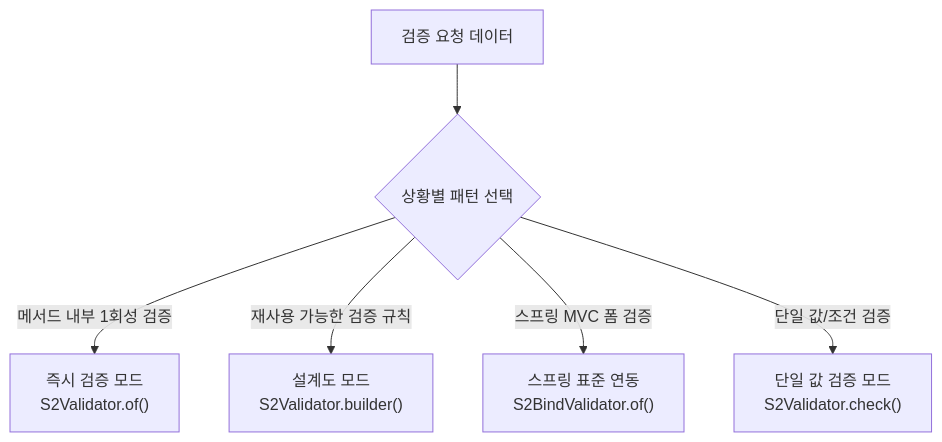
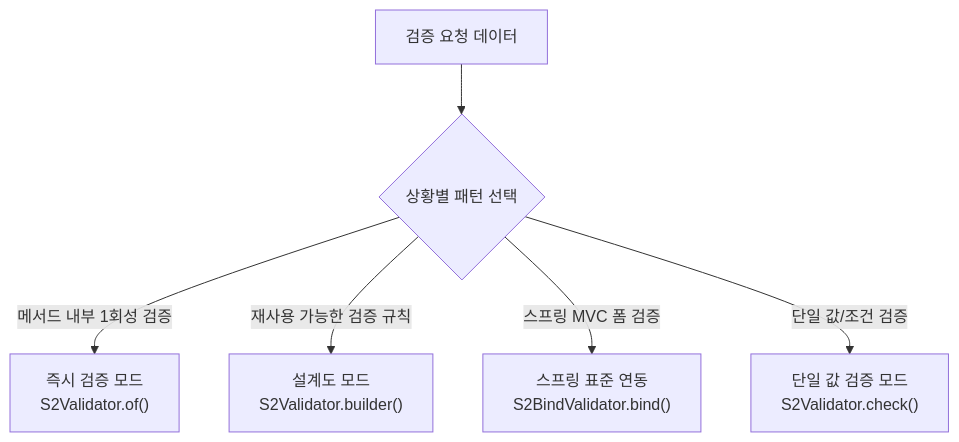
One commit to devers2/s2-util changed the first of 2 diagrams in MANUAL.ko.md. Above: the diagram before and after it, drawn with Mermaid. The commit also changed other lines of this file and 16 other files, not shown here.

First line of the commit message:
refactor(validator)!: rename S2BindValidator.of() to bind() and bind once in doc examples

````diff
--- a/MANUAL.ko.md
+++ b/MANUAL.ko.md
@@ -158,8 +158,8 @@
 ```mermaid
 flowchart TD
     Req["검증 요청 데이터"] --> Choice{"상황별 패턴 선택"}
     Choice -->|"메서드 내부 1회성 검증"| A["즉시 검증 모드<br>S2Validator.of()"]
     Choice -->|"재사용 가능한 검증 규칙"| B["설계도 모드<br>S2Validator.builder()"]
-    Choice -->|"스프링 MVC 폼 검증"| C["스프링 표준 연동<br>S2BindValidator.of()"]
+    Choice -->|"스프링 MVC 폼 검증"| C["스프링 표준 연동<br>S2BindValidator.bind()"]
     Choice -->|"단일 값/조건 검증"| D["단일 값 검증 모드<br>S2Validator.check()"]
 ```
````
